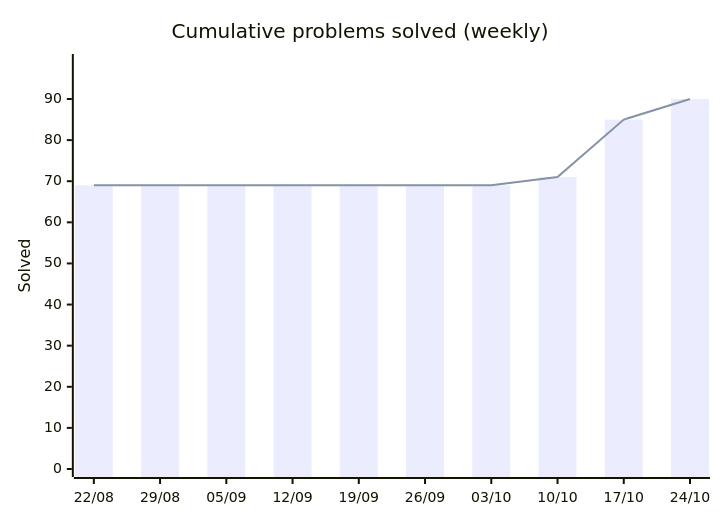
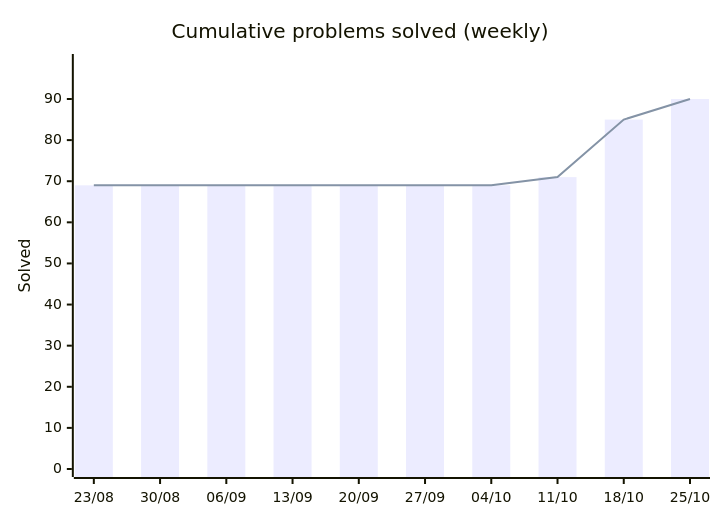
One commit to HarryTrn/TensorTonic-Solutions changed the first of 2 diagrams in README.md. Above: the diagram before and after it, drawn with Mermaid. The commit also changed other lines of this file, not shown here.

Commit message:
docs: auto-update README [skip ci]

````diff
--- a/README.md
+++ b/README.md
@@ -65,8 +65,8 @@
 ```mermaid
 xychart-beta
     title "Cumulative problems solved (weekly)"
-    x-axis ["22/08", "29/08", "05/09", "12/09", "19/09", "26/09", "03/10", "10/10", "17/10", "24/10"]
+    x-axis ["23/08", "30/08", "06/09", "13/09", "20/09", "27/09", "04/10", "11/10", "18/10", "25/10"]
     y-axis "Solved" 0 --> 99
     bar [69, 69, 69, 69, 69, 69, 69, 71, 85, 90]
     line [69, 69, 69, 69, 69, 69, 69, 71, 85, 90]
 ```
````
